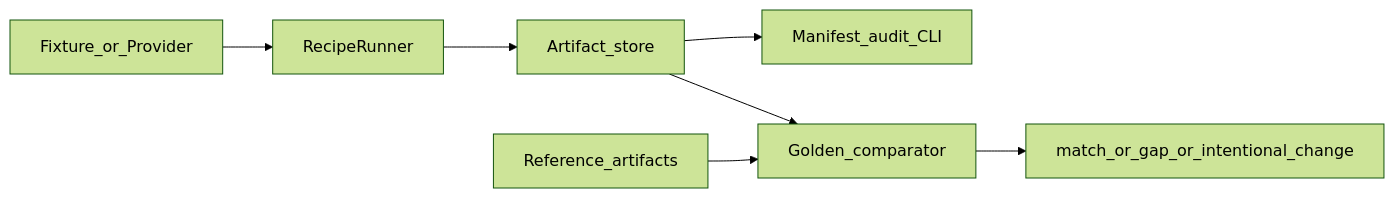
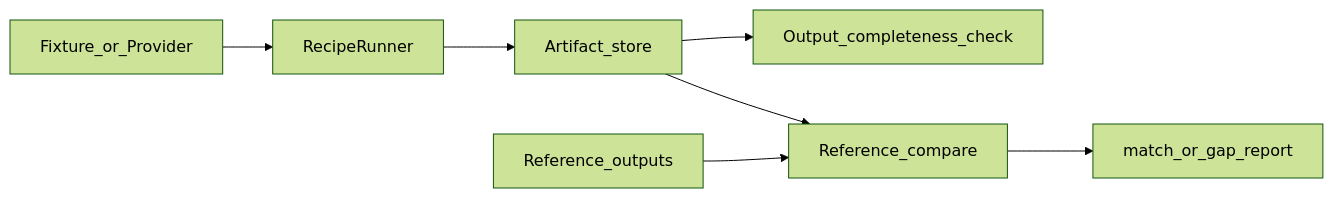
One commit to Cavaradossi/indiciumforge changed the second of 3 diagrams in README.md. Above: the diagram before and after it, drawn with Mermaid (forest theme). The commit also changed other lines of this file and 2 other files, not shown here.

````diff
--- a/README.md
+++ b/README.md
@@ -75,9 +85,9 @@
 ```mermaid
 flowchart LR
   Fixture[Fixture_or_Provider] --> Recipe[RecipeRunner]
   Recipe --> Artifacts[Artifact_store]
-  Artifacts --> Audit[Manifest_audit_CLI]
-  Artifacts --> Parity[Golden_comparator]
-  GoldenRef[Reference_artifacts] --> Parity
-  Parity --> Verdict["match_or_gap_or_intentional_change"]
+  Artifacts --> Audit[Output_completeness_check]
+  Artifacts --> Compare[Reference_compare]
+  RefTree[Reference_outputs] --> Compare
+  Compare --> Report["match_or_gap_report"]
 ```
````
